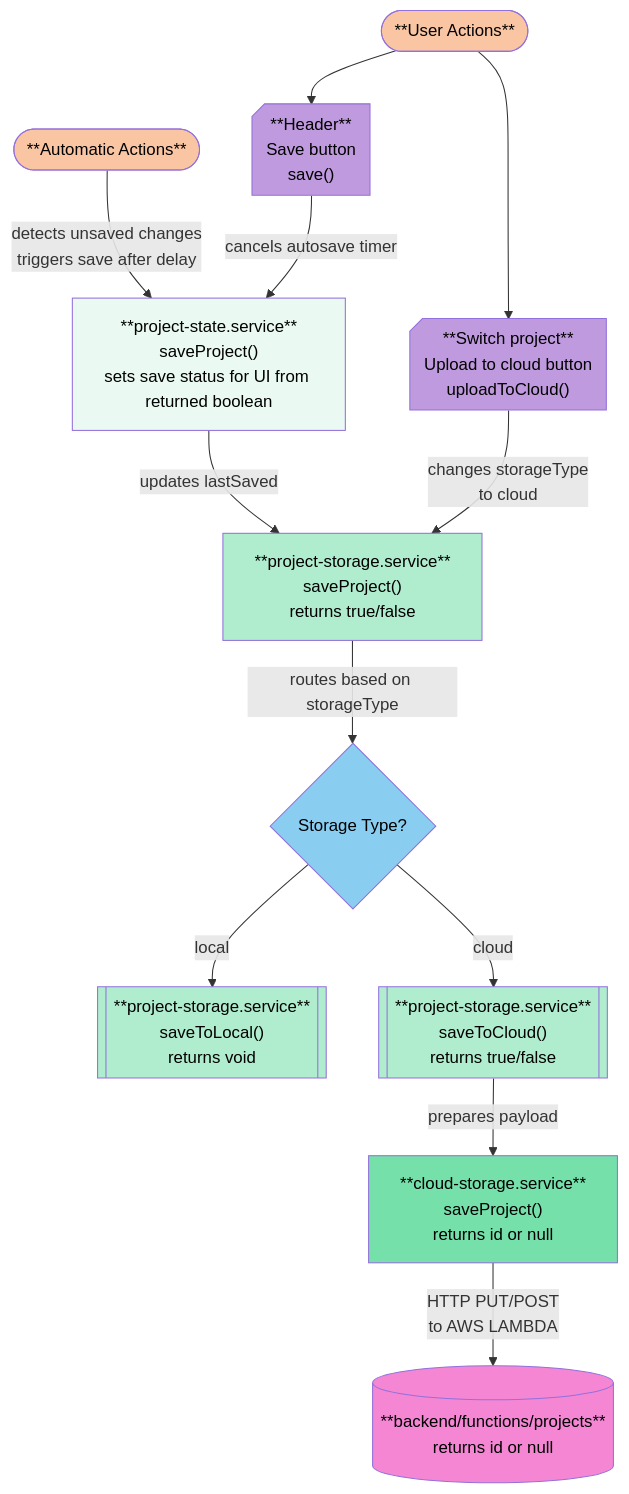
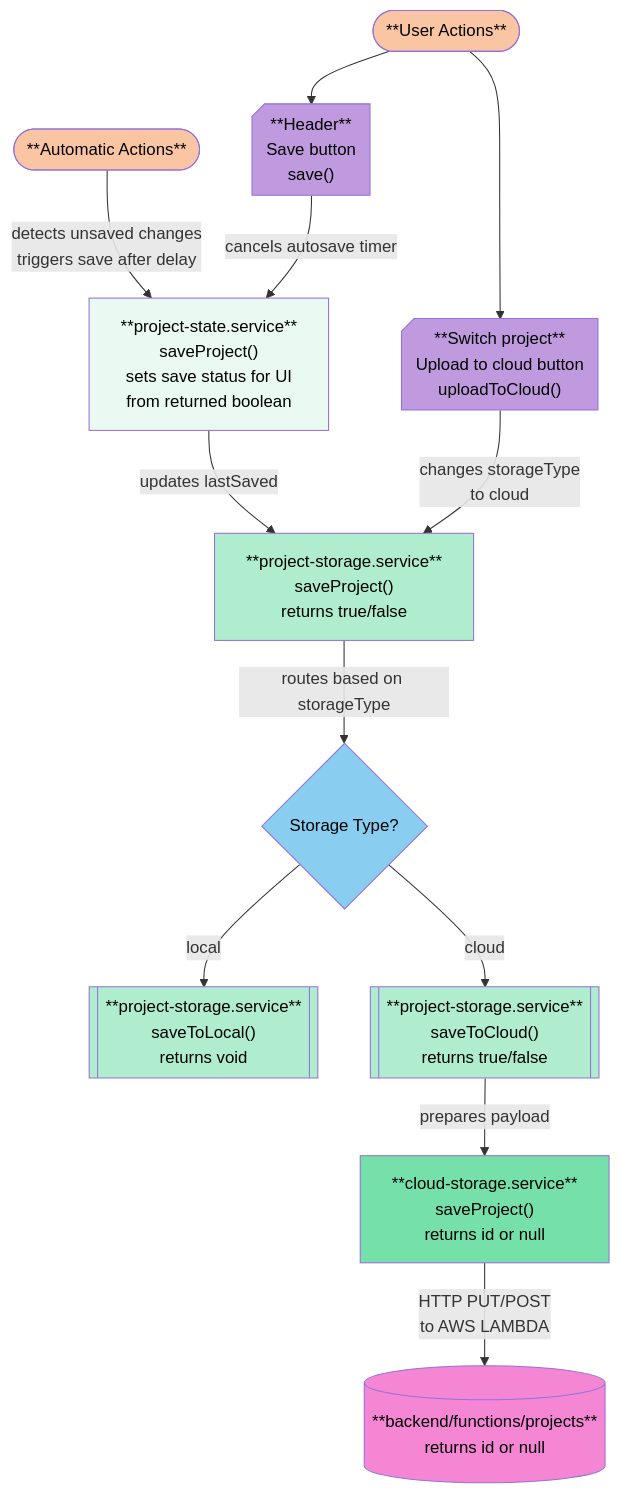
Before and after one commit to cra-proto/design-assistant: the diagram in README.md, drawn with Mermaid.

Commit message:
Add break

````diff
--- a/README.md
+++ b/README.md
@@ -209,39 +209,39 @@
 ```mermaid
 flowchart TB
     AUTO(["**Automatic Actions**"])
     USER(["**User Actions**"])
     HEADER["**Header**<br>Save button<br>save()"]
     SWITCH["**Switch project**<br>Upload to cloud button<br>uploadToCloud()"]
-    STATE["**project-state.service**<br>saveProject()<br>sets save status for UI from returned boolean"]
+    STATE["**project-state.service**<br>saveProject()<br>sets save status for UI<br>from returned boolean"]
     STORAGE["**project-storage.service**<br>saveProject()<br>returns true/false"]
     TYPE{"Storage Type?"}
     STORAGEL[["**project-storage.service**<br>saveToLocal()<br>returns void"]]
     STORAGEC[["**project-storage.service**<br>saveToCloud()<br>returns true/false"]]
     CLOUD["**cloud-storage.service**<br>saveProject()<br>returns id or null"]
     FUNCTION[("**backend/functions/projects**<br>returns id or null")]
 
     AUTO -- detects unsaved changes<br>triggers save after delay--> STATE
     USER --> HEADER & SWITCH
     HEADER --cancels autosave timer--> STATE
     STATE --updates lastSaved--> STORAGE
     SWITCH --changes storageType<br>to cloud--> STORAGE
     STORAGE --routes based on storageType--> TYPE
     TYPE --local--> STORAGEL
     TYPE --cloud--> STORAGEC
     STORAGEC --prepares payload--> CLOUD
     CLOUD --HTTP PUT/POST<br>to AWS LAMBDA--> FUNCTION
     
     HEADER@{ shape: card}
     SWITCH@{ shape: card}
     style AUTO fill:#fac5a3,color:#000000
     style USER fill:#fac5a3,color:#000000
     style HEADER fill:#c09adf,color:#000000
     style SWITCH fill:#c09adf,color:#000000
     style STATE fill:#eafaf2,color:#000000
     style STORAGE fill:#b0edce,color:#000000
     style TYPE fill:#89cef1,color:#000000
     style STORAGEL fill:#b0edce,color:#000000
     style STORAGEC fill:#b0edce,color:#000000
     style CLOUD fill:#75e0aa,color:#000000
     style FUNCTION fill:#f486d4,color:#000000
 ```
````
